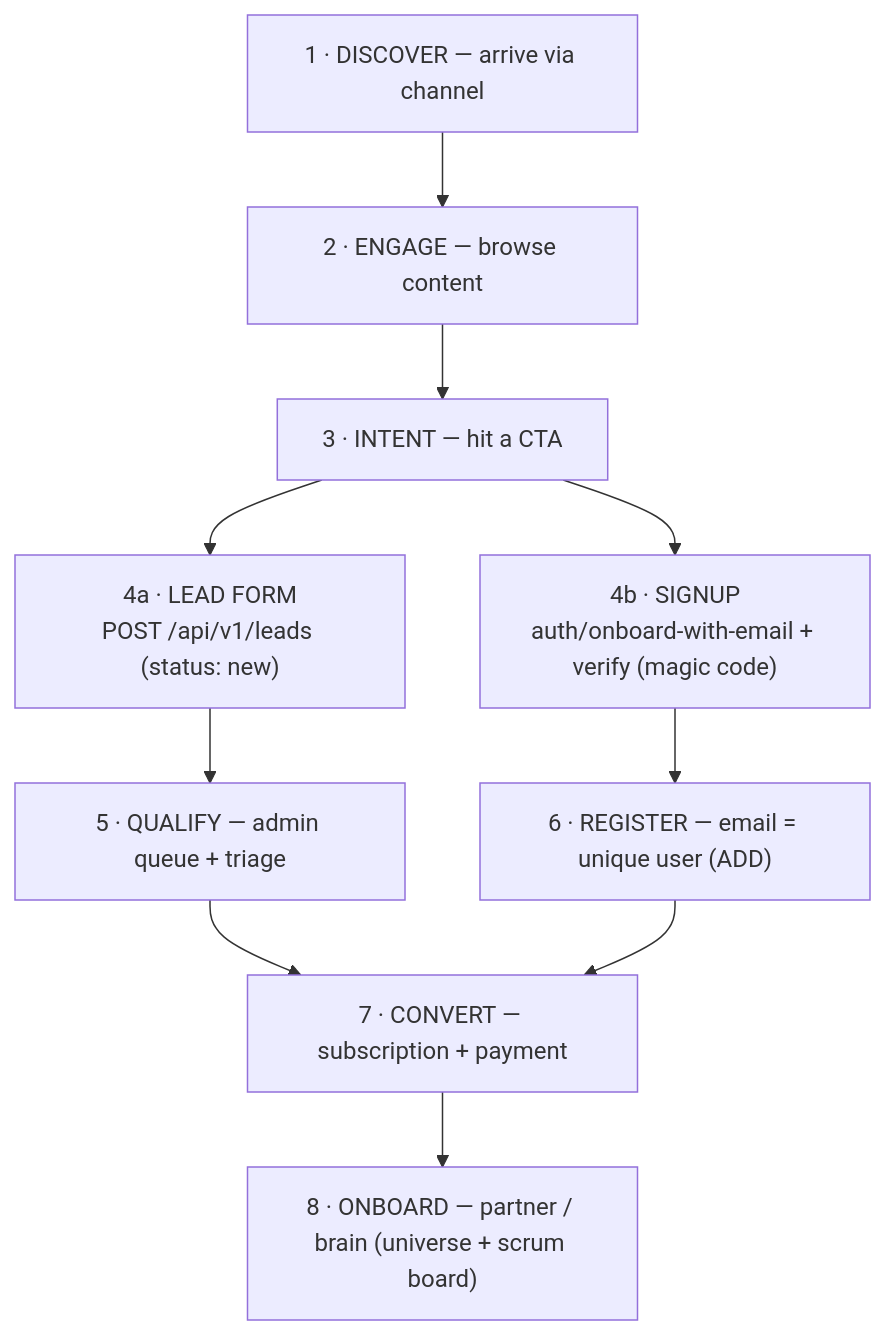
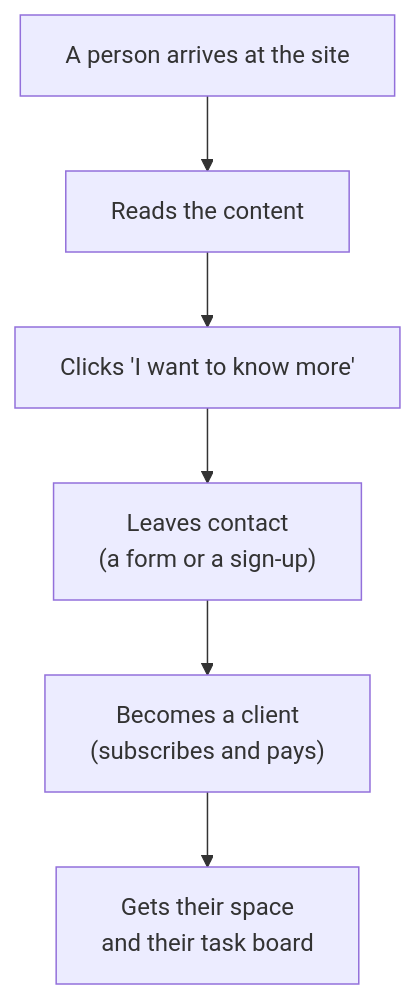
One commit to artelonga/ArteLonga changed the diagram in docs/lead-acquisition.en.md. Above: the diagram before and after it, drawn with Mermaid. The commit also changed 43 other files, not shown here.

First line of the commit message:
feat(docs): diagramas simples e legíveis (sem jargão) em todas as docs (#89)

````diff
--- a/docs/lead-acquisition.en.md
+++ b/docs/lead-acquisition.en.md
@@ -8,12 +8,8 @@
 ```mermaid
 flowchart TB
-  D["1 · DISCOVER — arrive via channel"] --> E["2 · ENGAGE — browse content"]
-  E --> I["3 · INTENT — hit a CTA"]
-  I --> C4a["4a · LEAD FORM<br/>POST /api/v1/leads (status: new)"]
-  I --> C4b["4b · SIGNUP<br/>auth/onboard-with-email + verify (magic code)"]
-  C4a --> Q["5 · QUALIFY — admin queue + triage"]
-  C4b --> R["6 · REGISTER — email = unique user (ADD)"]
-  Q --> CV["7 · CONVERT — subscription + payment"]
-  R --> CV
-  CV --> O["8 · ONBOARD — partner / brain (universe + scrum board)"]
+  D["A person arrives at the site"] --> E["Reads the content"]
+  E --> I["Clicks 'I want to know more'"]
+  I --> C["Leaves contact<br/>(a form or a sign-up)"]
+  C --> CV["Becomes a client<br/>(subscribes and pays)"]
+  CV --> O["Gets their space<br/>and their task board"]
 ```
````
